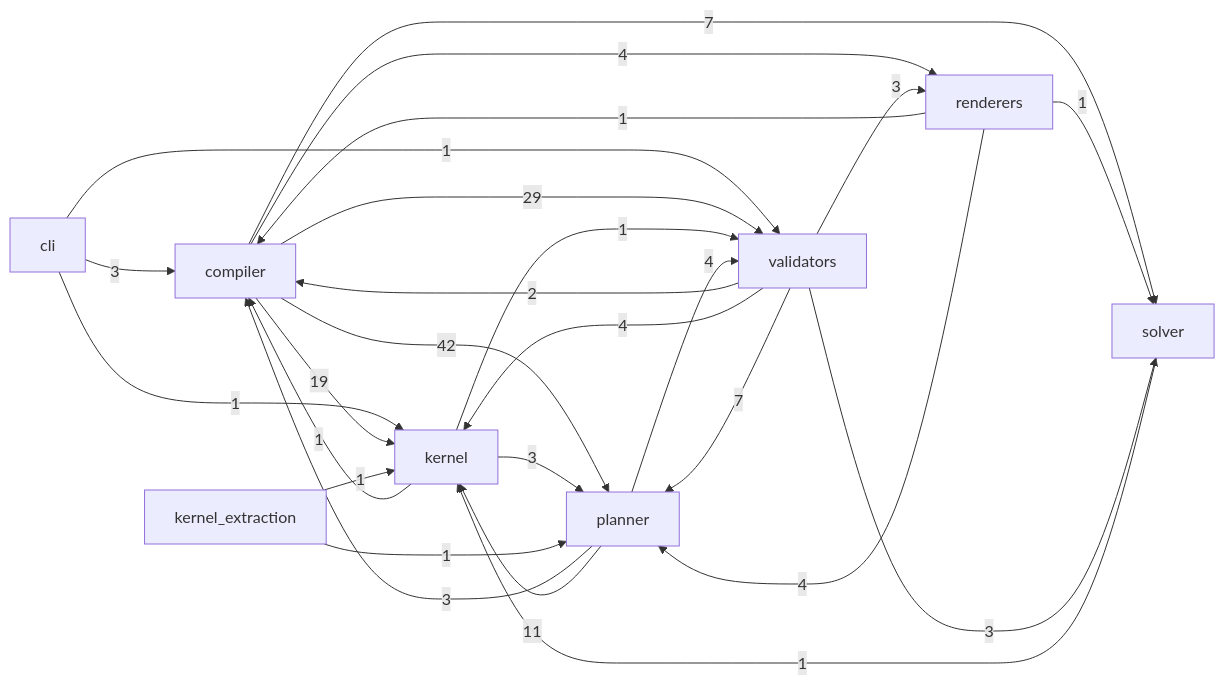
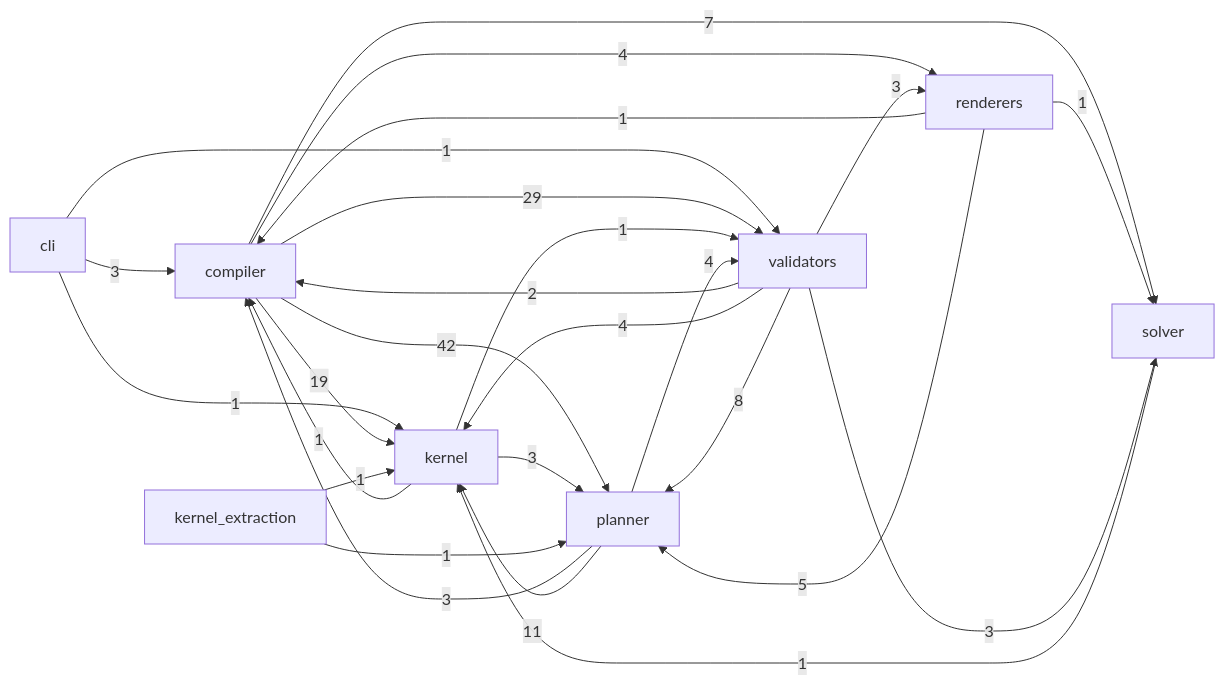
One commit to Kingsley-Cyber/cinematic-compiler-core changed the diagram in docs/reference/code.md. Above: the diagram before and after it, drawn with Mermaid. The commit also changed other lines of this file and 26 other files, not shown here.

````diff
--- a/docs/reference/code.md
+++ b/docs/reference/code.md
@@ -15,28 +15,28 @@
 ```mermaid
 flowchart LR
   cli -->|3| compiler
   cli -->|1| kernel
   cli -->|1| validators
   compiler -->|19| kernel
   compiler -->|42| planner
   compiler -->|4| renderers
   compiler -->|7| solver
   compiler -->|29| validators
   kernel -->|1| compiler
   kernel -->|3| planner
   kernel -->|1| validators
   kernel_extraction -->|1| kernel
   kernel_extraction -->|1| planner
   planner -->|3| compiler
   planner -->|11| kernel
   planner -->|4| validators
   renderers -->|1| compiler
-  renderers -->|4| planner
+  renderers -->|5| planner
   renderers -->|1| solver
   solver -->|1| kernel
   validators -->|2| compiler
   validators -->|4| kernel
-  validators -->|7| planner
+  validators -->|8| planner
   validators -->|3| renderers
   validators -->|3| solver
 ```
````
